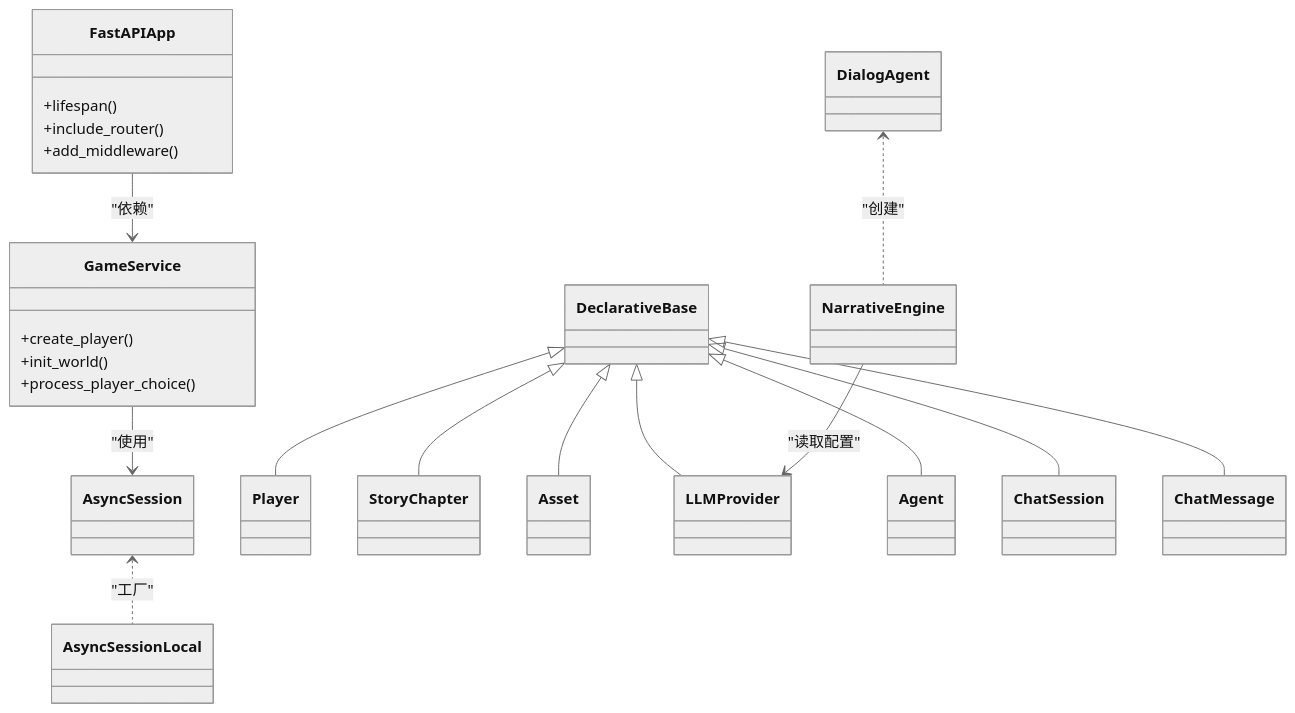
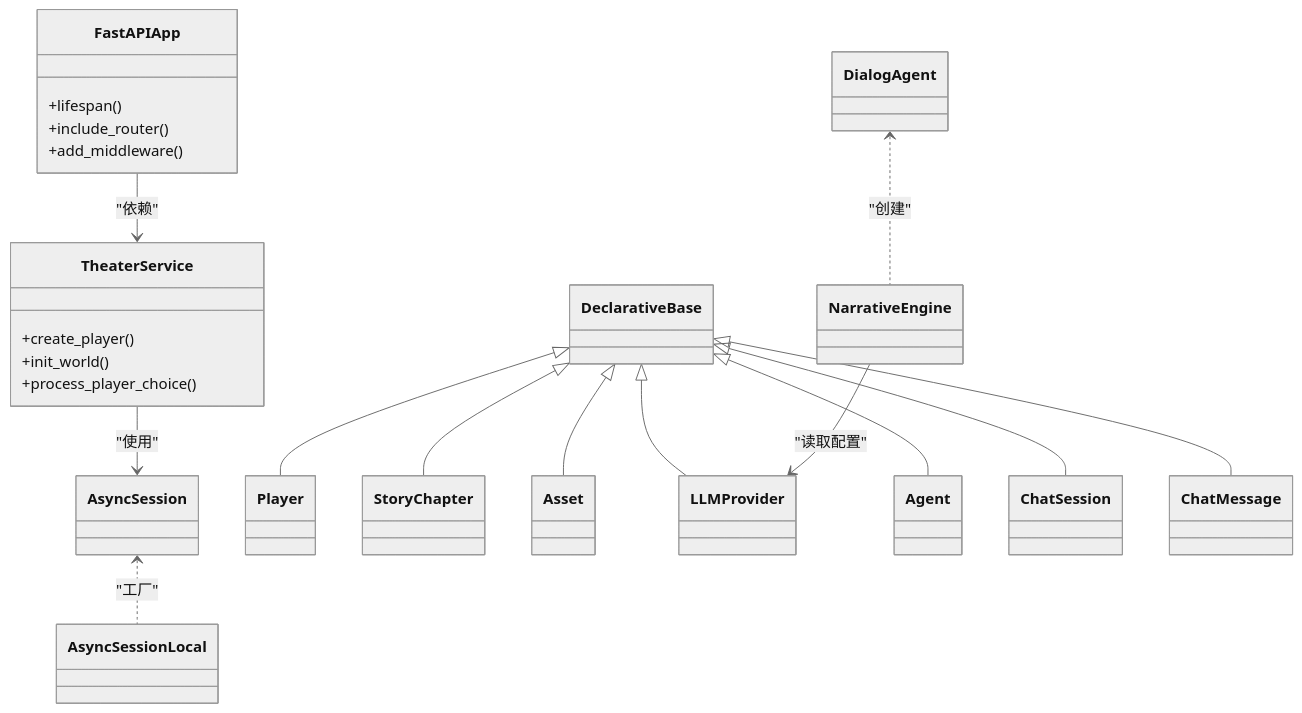
Before and after one commit to KunLabAI/KunFlix: the third of 6 diagrams in .qoder/repowiki/zh/content/系统架构/后端架构.md, drawn with Mermaid (neutral theme). The commit also changed other lines of this file and 112 other files, not shown here.

````diff
--- a/.qoder/repowiki/zh/content/系统架构/后端架构.md
+++ b/.qoder/repowiki/zh/content/系统架构/后端架构.md
@@ -248,37 +248,37 @@
 ```mermaid
 classDiagram
 class FastAPIApp {
 +lifespan()
 +include_router()
 +add_middleware()
 }
-class GameService {
+class TheaterService {
 +create_player()
 +init_world()
 +process_player_choice()
 }
 class AsyncSession
 class AsyncSessionLocal
 class DeclarativeBase
 class Player
 class StoryChapter
 class Asset
 class LLMProvider
 class Agent
 class ChatSession
 class ChatMessage
 class DialogAgent
 class NarrativeEngine
-FastAPIApp --> GameService : "依赖"
-GameService --> AsyncSession : "使用"
+FastAPIApp --> TheaterService : "依赖"
+TheaterService --> AsyncSession : "使用"
 AsyncSession <.. AsyncSessionLocal : "工厂"
 DeclarativeBase <|-- Player
 DeclarativeBase <|-- StoryChapter
 DeclarativeBase <|-- Asset
 DeclarativeBase <|-- LLMProvider
 DeclarativeBase <|-- Agent
 DeclarativeBase <|-- ChatSession
 DeclarativeBase <|-- ChatMessage
 DialogAgent <.. NarrativeEngine : "创建"
 NarrativeEngine --> LLMProvider : "读取配置"
 ```
````
